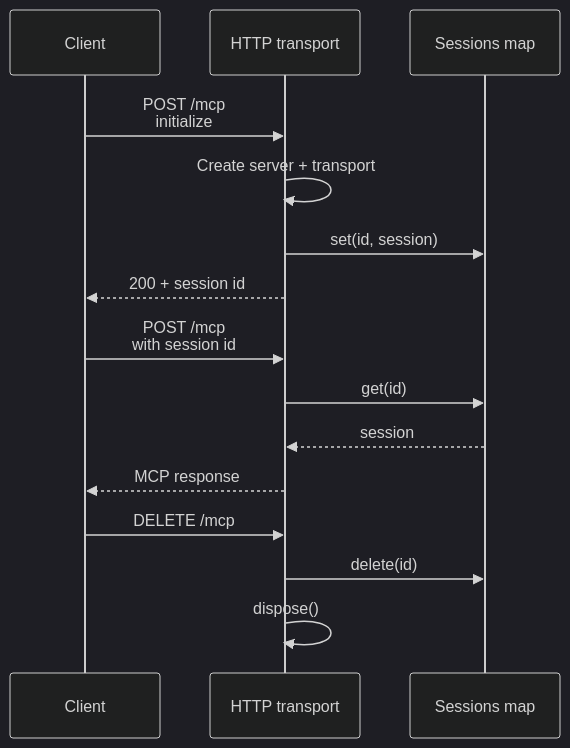
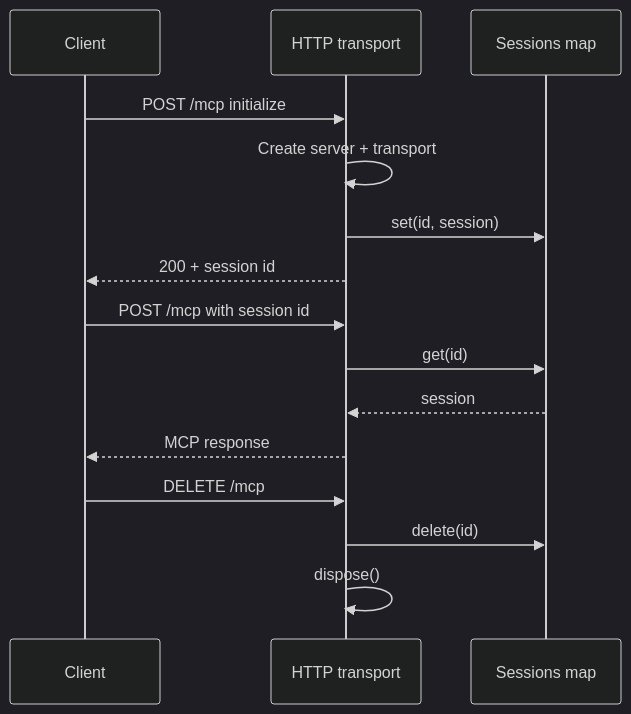
The diagram in docs/architecture.md (EslamElshaabany/mcp-demo), drawn with Mermaid (dark theme) before and after one commit.

Commit message:
Fix formatting in architecture.md for clarity

````diff
--- a/docs/architecture.md
+++ b/docs/architecture.md
@@ -40,20 +40,20 @@
 ```mermaid
 sequenceDiagram
     participant C as Client
     participant H as HTTP transport
     participant M as Sessions map
 
-    C->>H: POST /mcp<br/>initialize
+    C->>H: POST /mcp initialize
     H->>H: Create server + transport
     H->>M: set(id, session)
     H-->>C: 200 + session id
 
-    C->>H: POST /mcp<br/>with session id
+    C->>H: POST /mcp with session id
     H->>M: get(id)
     M-->>H: session
     H-->>C: MCP response
 
     C->>H: DELETE /mcp
     H->>M: delete(id)
     H->>H: dispose()
 ```
````
